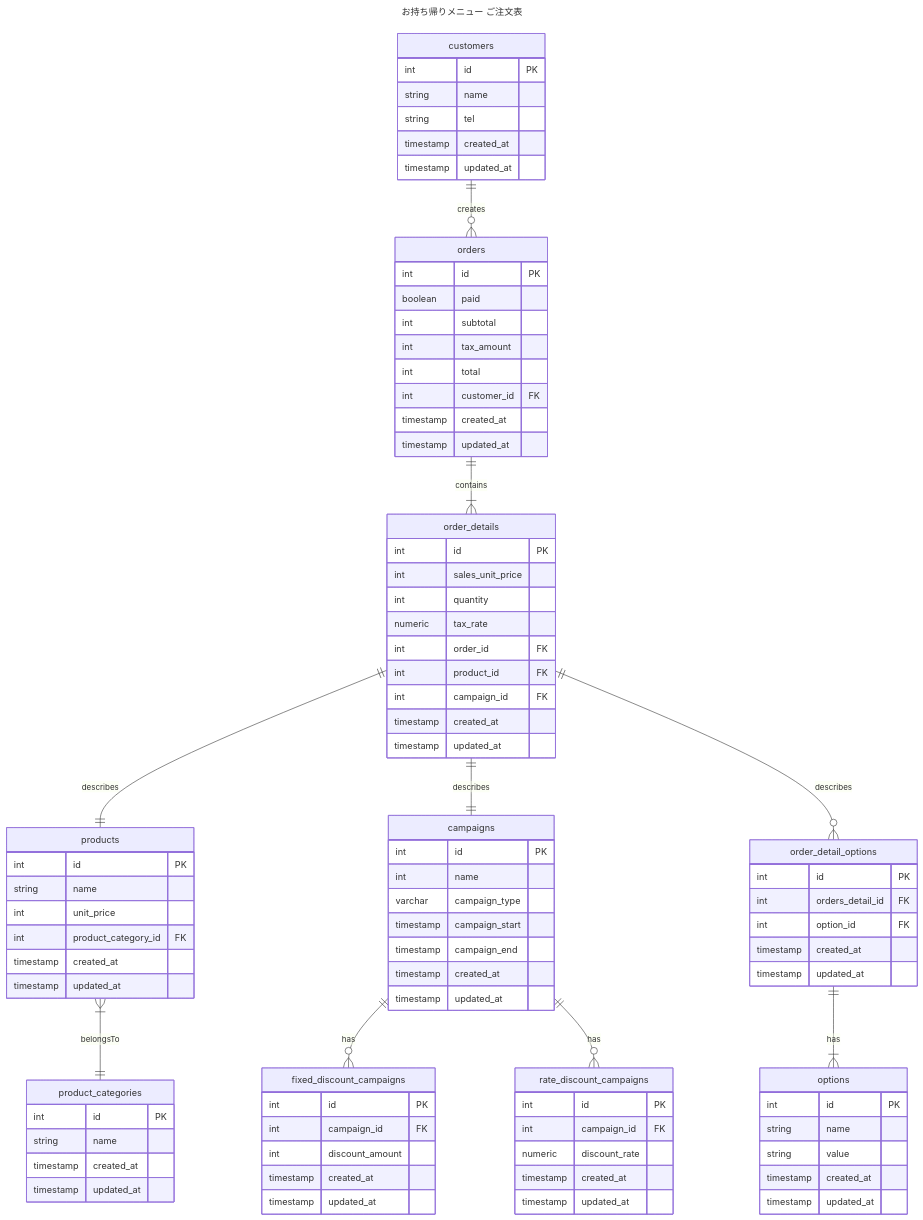
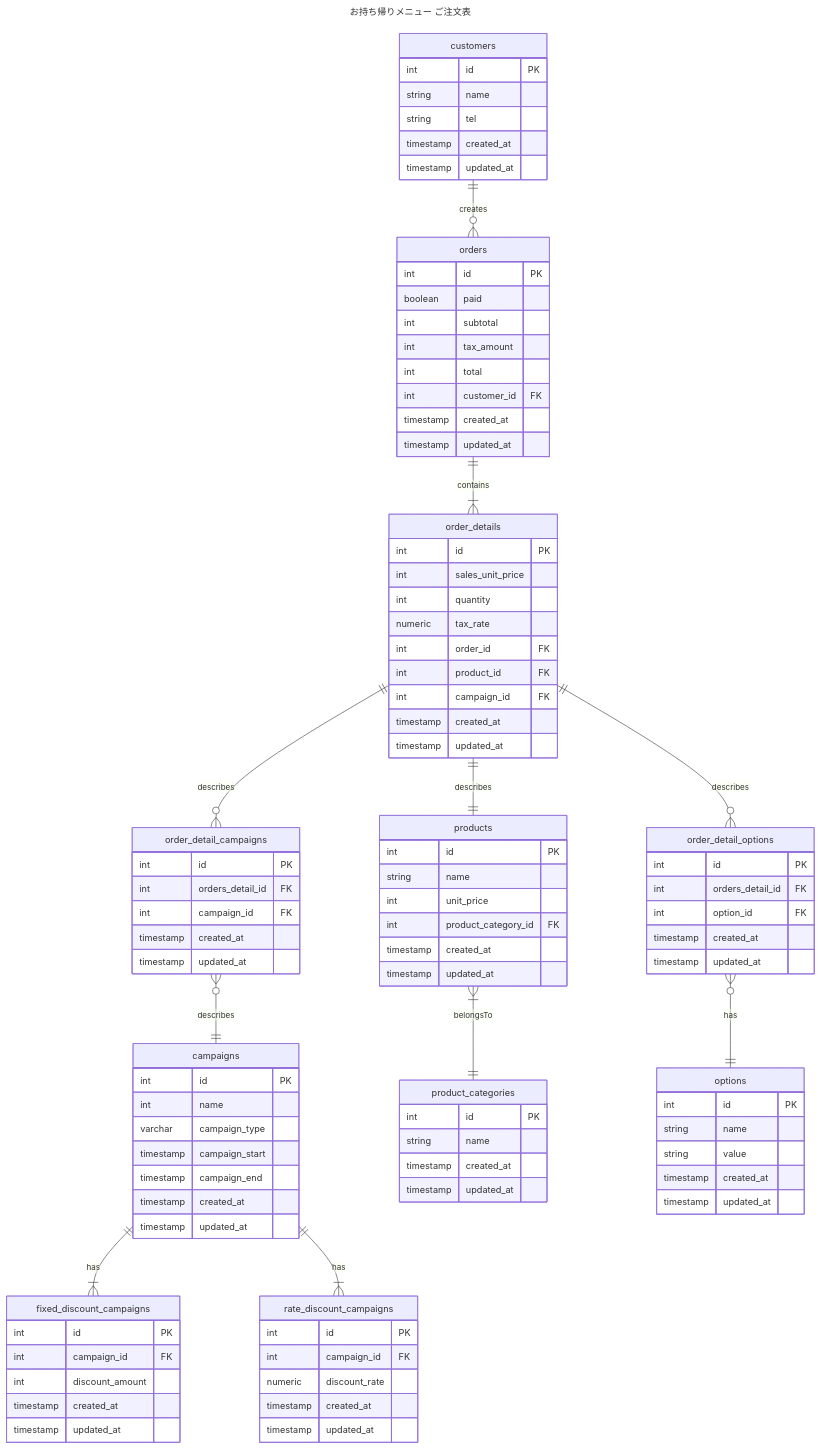
The diagram in db/modeling/1/2-3.md (ttakuma17/til), drawn with Mermaid before and after one commit. The commit also changed 1 other file, not shown here.

Commit message:
2-1,2-3のERD修正

```diff
--- a/db/modeling/1/2-3.md
+++ b/db/modeling/1/2-3.md
@@ -63,7 +63,7 @@
         timestamp created_at
         timestamp updated_at
     }
-    campaigns ||--o{ fixed_discount_campaigns: has
+    campaigns ||--|{ fixed_discount_campaigns: has
     fixed_discount_campaigns {
         int id PK
         int campaign_id FK
@@ -71,7 +71,7 @@
         timestamp created_at
         timestamp updated_at
     }
-    campaigns ||--o{ rate_discount_campaigns: has
+    campaigns ||--|{ rate_discount_campaigns: has
     rate_discount_campaigns {
         int id PK
         int campaign_id FK
@@ -79,7 +79,15 @@
         timestamp created_at
         timestamp updated_at
     }
-    order_details ||--|| campaigns: describes
+    order_detail_campaigns }o--|| campaigns: describes
+    order_detail_campaigns {
+      int id PK
+      int orders_detail_id FK
+      int campaign_id FK
+      timestamp created_at
+      timestamp updated_at
+    }
+    order_details ||--o{ order_detail_campaigns: describes
     products {
         int id PK
         string name
@@ -103,7 +111,7 @@
         timestamp updated_at
     }
     order_details ||--o{ order_detail_options: describes
-    order_detail_options ||--|{ options: has
+    order_detail_options }o--|| options: has
     order_detail_options {
         int id PK
         int orders_detail_id FK
```
